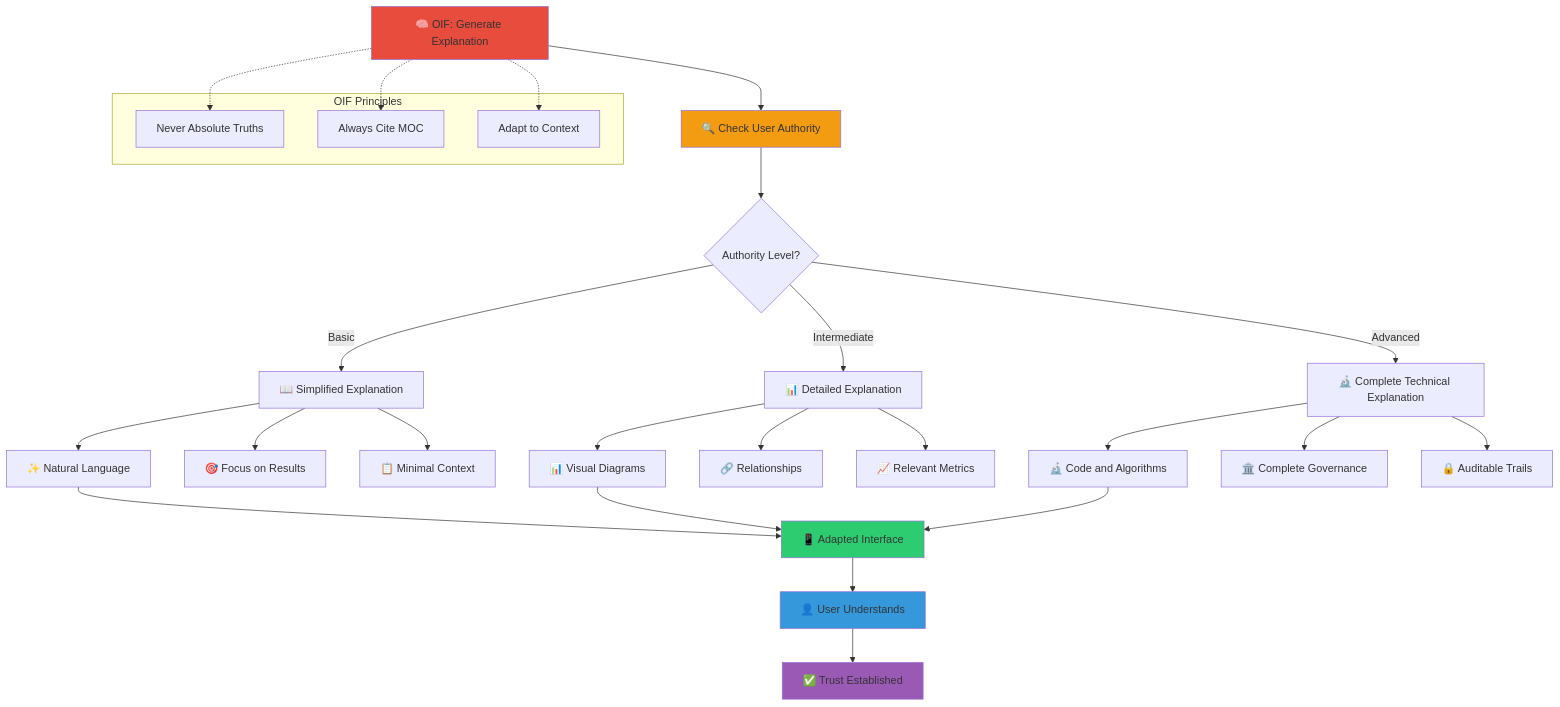
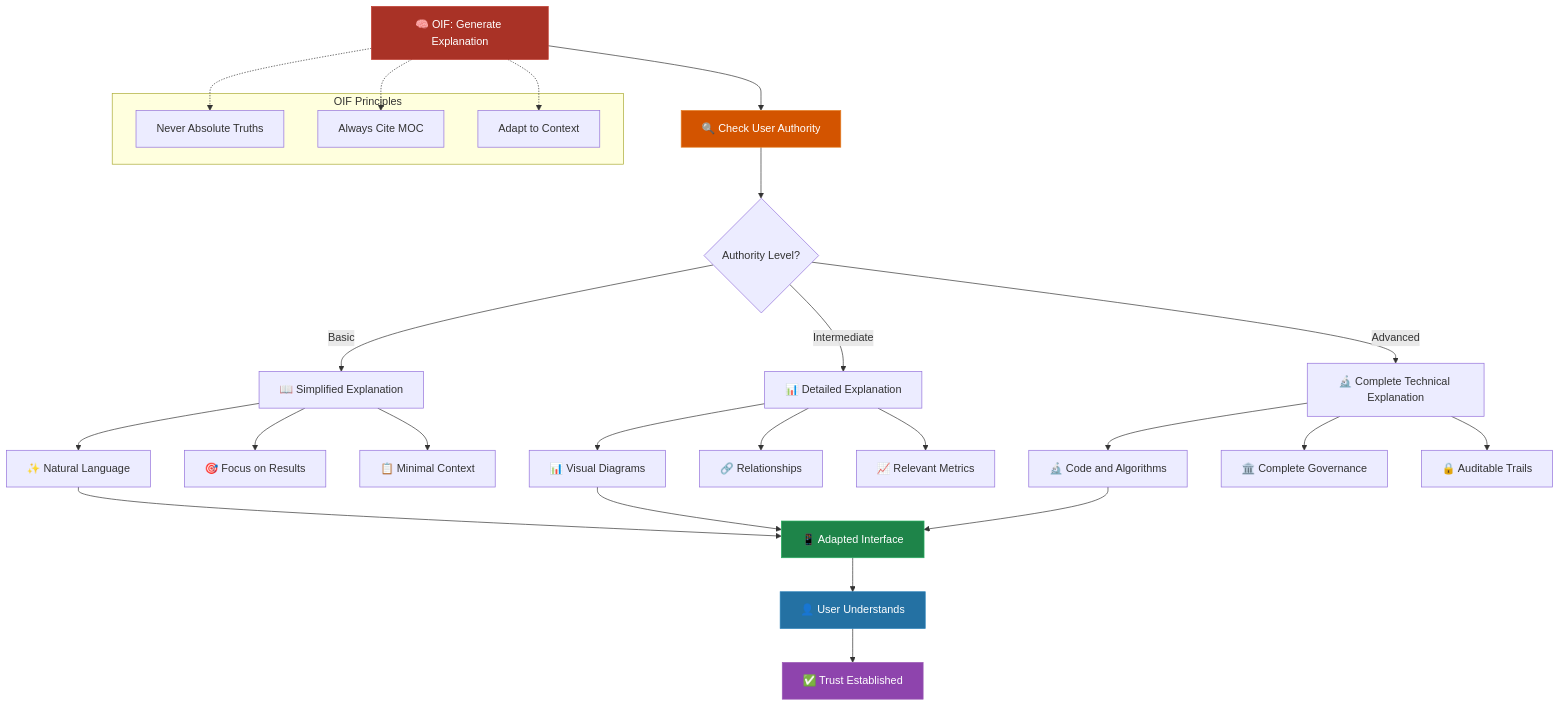
The fourth of 4 diagrams in content/en/docs/manual/tools/explainability.md (casheiro/matrix-protocol), drawn with Mermaid before and after one commit. The commit also changed other lines of this file and 36 other files, not shown here.

````diff
--- a/content/en/docs/manual/tools/explainability.md
+++ b/content/en/docs/manual/tools/explainability.md
@@ -576,45 +579,46 @@
 ```mermaid
 graph TD
     A[🧠 OIF: Generate Explanation] --> B[🔍 Check User Authority]
     
     B --> C{Authority Level?}
     
     C -->|Basic| D[📖 Simplified Explanation]
     C -->|Intermediate| E[📊 Detailed Explanation]
     C -->|Advanced| F[🔬 Complete Technical Explanation]
     
     D --> D1[✨ Natural Language]
     D --> D2[🎯 Focus on Results]
     D --> D3[📋 Minimal Context]
     
     E --> E1[📊 Visual Diagrams]
     E --> E2[🔗 Relationships]
     E --> E3[📈 Relevant Metrics]
     
     F --> F1[🔬 Code and Algorithms]
     F --> F2[🏛️ Complete Governance]
     F --> F3[🔒 Auditable Trails]
     
     D1 --> G[📱 Adapted Interface]
     E1 --> G
     F1 --> G
     
     G --> H[👤 User Understands]
     H --> I[✅ Trust Established]
     
     subgraph "OIF Principles"
         P1[Never Absolute Truths]
         P2[Always Cite MOC]
         P3[Adapt to Context]
     end
     
     A -.-> P1
     A -.-> P2
     A -.-> P3
     
-    style A fill:#e74c3c
-    style B fill:#f39c12
-    style G fill:#2ecc71
-    style H fill:#3498db
-    style I fill:#9b59b6
+    %% Validation explanation system
+    style A fill:#A93226,stroke:#C0392B,color:#fff
+    style B fill:#D35400,stroke:#E67E22,color:#fff
+    style G fill:#1E8449,stroke:#27AE60,color:#fff
+    style H fill:#2471A3,stroke:#2980B9,color:#fff
+    style I fill:#8E44AD,stroke:#9B59B6,color:#fff
 ```
````
